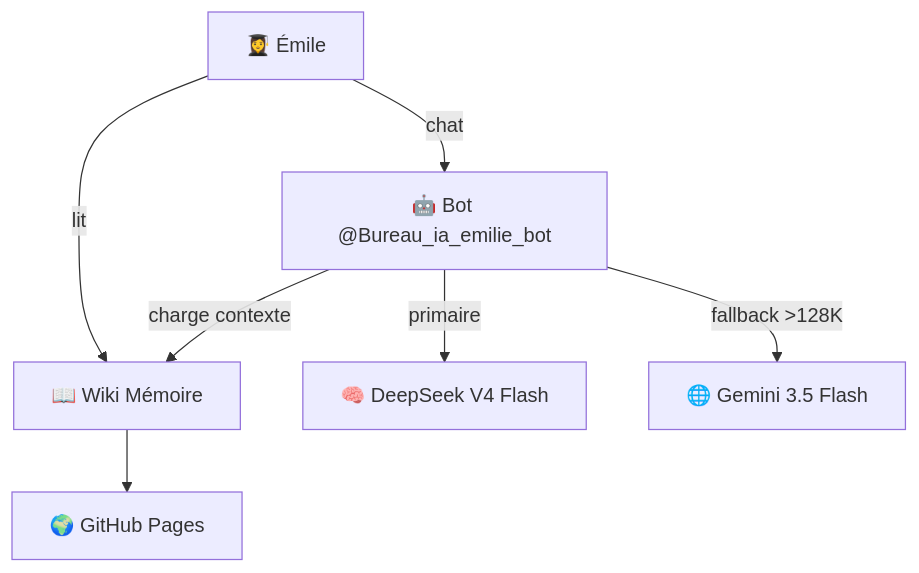
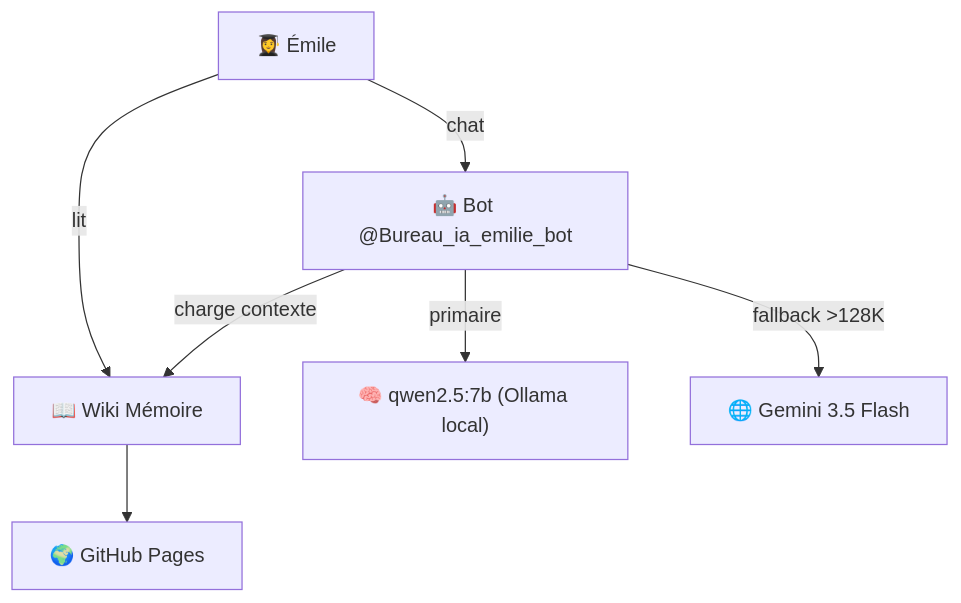
One commit to christophedanhier-hash/hermes-wiki changed the diagram in docs/hermes/bureaux/ch13-bureau-emile.md. Above: the diagram before and after it, drawn with Mermaid. The commit also changed other lines of this file and 55 other files, not shown here.

````diff
--- a/docs/hermes/bureaux/ch13-bureau-emile.md
+++ b/docs/hermes/bureaux/ch13-bureau-emile.md
@@ -21,9 +21,9 @@
 ```mermaid
 flowchart TB
     E[👩‍🎓 Émile] -->|chat| BOT["🤖 Bot @Bureau_ia_emilie_bot"]
     E -->|lit| WIKI["📖 Wiki Mémoire"]
-    BOT -->|primaire| DS["🧠 DeepSeek V4 Flash"]
+    BOT -->|primaire| DS["🧠 qwen2.5:7b (Ollama local)"]
     BOT -->|fallback >128K| GM["🌐 Gemini 3.5 Flash"]
     BOT -->|charge contexte| WIKI
     WIKI --> GH["🌍 GitHub Pages"]
 ```
````
